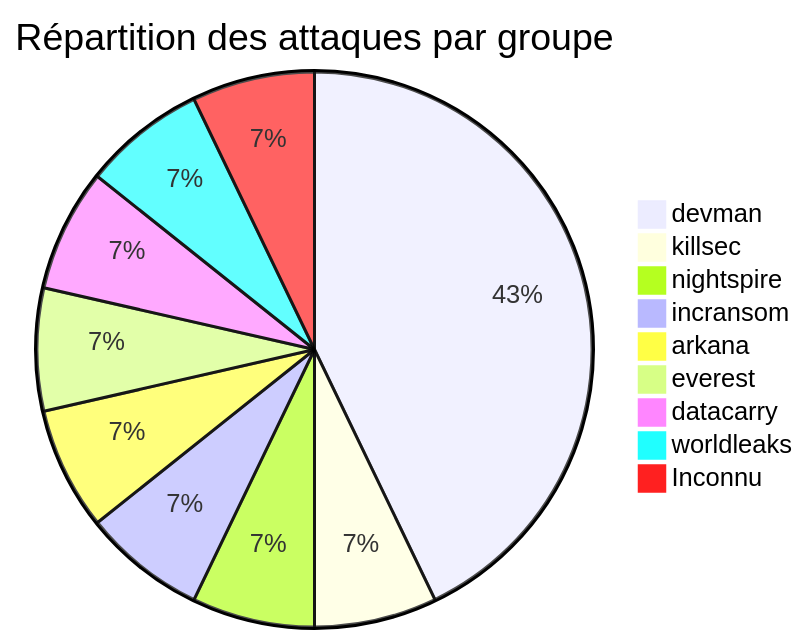
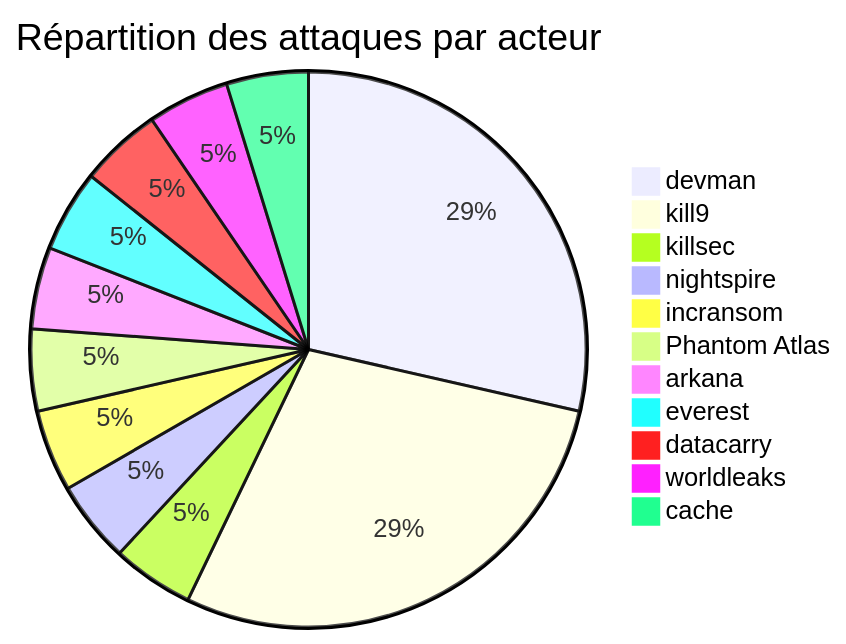
The first of 4 diagrams in CyberAttackAfrica/2025/05-may/README_FR.md (Hatchepsoute/AFRINTEL), drawn with Mermaid before and after one commit. The commit also changed other lines of this file and 255 other files, not shown here.

````diff
--- a/CyberAttackAfrica/2025/05-may/README_FR.md
+++ b/CyberAttackAfrica/2025/05-may/README_FR.md
@@ -31,12 +33,14 @@
 ```mermaid
-pie title Répartition des attaques par groupe
+pie title Répartition des attaques par acteur
     "devman" : 6
+    "kill9" : 6
     "killsec" : 1
     "nightspire" : 1
     "incransom" : 1
+    "Phantom Atlas" : 1
     "arkana" : 1
     "everest" : 1
     "datacarry" : 1
     "worldleaks" : 1
-    "Inconnu" : 1
+    "cache" : 1
 ```
````
